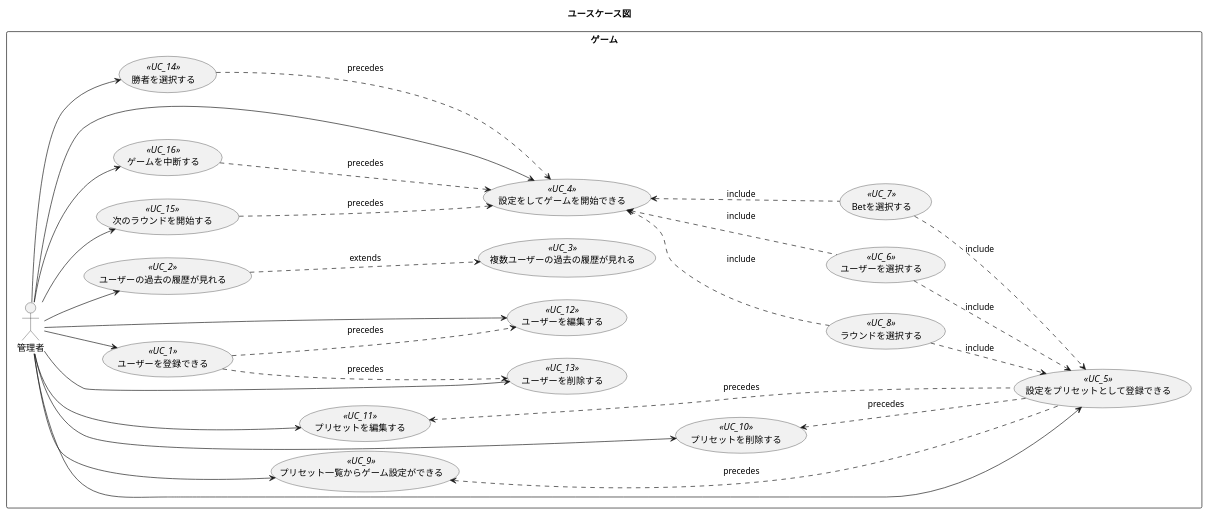
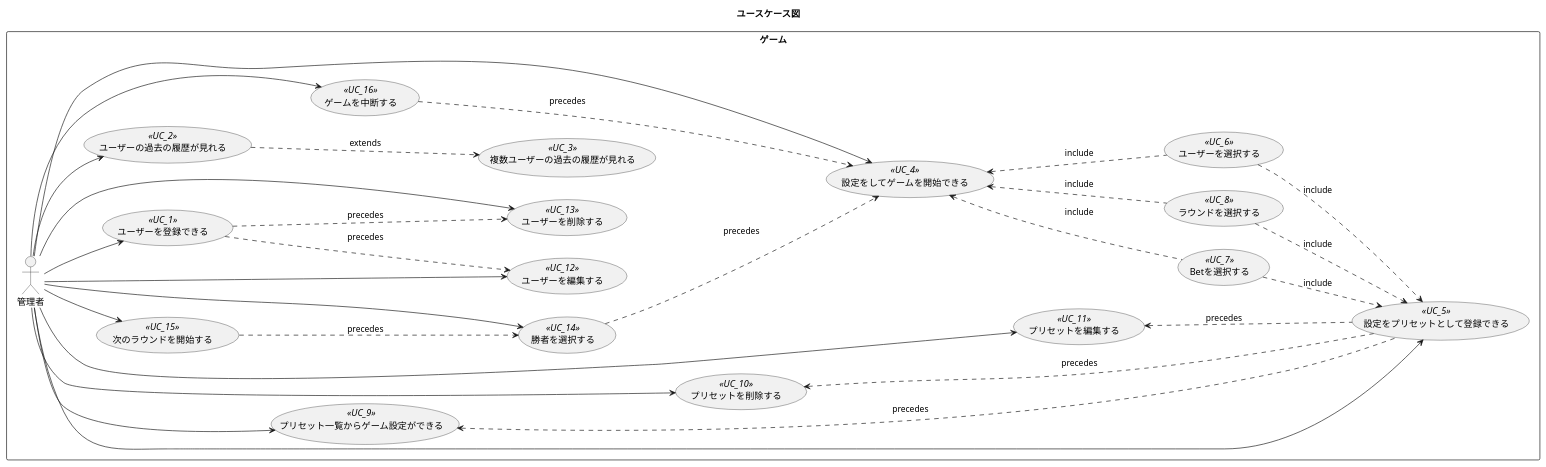
The diagram in use_case_diagram.pu (yuki-miraito/uml_practice), drawn with PlantUML before and after one commit. The commit also changed 3 other files, not shown here.

```diff
--- a/use_case_diagram.pu
+++ b/use_case_diagram.pu
@@ -1,54 +1,54 @@
 @startuml ユースケース
 
 title ユースケース図
 left to right direction
 
 rectangle ゲーム {
   (ユーザーを登録できる) <<UC_1>> as UC_1
   (ユーザーを編集する) <<UC_12>> as UC_12
   (ユーザーを削除する) <<UC_13>> as UC_13
   (ユーザーの過去の履歴が見れる) <<UC_2>> as UC_2
   (複数ユーザーの過去の履歴が見れる) <<UC_3>> as UC_3
   (設定をしてゲームを開始できる) <<UC_4>> as UC_4
   (設定をプリセットとして登録できる) <<UC_5>> as UC_5
   (プリセット一覧からゲーム設定ができる) <<UC_9>> as UC_9
   (プリセットを削除する) <<UC_10>> as UC_10
   (プリセットを編集する) <<UC_11>> as UC_11
   (ユーザーを選択する) <<UC_6>> as UC_6
   (Betを選択する) <<UC_7>> as UC_7
   (ラウンドを選択する) <<UC_8>> as UC_8
   (勝者を選択する) <<UC_14>> as UC_14
   (次のラウンドを開始する) <<UC_15>> as UC_15
   (ゲームを中断する) <<UC_16>> as UC_16
 
   管理者 --> UC_1
   管理者 --> UC_12
   管理者 --> UC_13
   管理者 --> UC_2
   管理者 --> UC_4
   管理者 -> UC_5
   管理者 --> UC_9
   管理者 --> UC_10
   管理者 --> UC_11
   管理者 --> UC_14
   管理者 --> UC_15
   管理者 --> UC_16
 
   UC_1 ..> UC_12: precedes
   UC_1 ..> UC_13: precedes
   UC_2 ..> UC_3: extends
   UC_6 .up.> UC_4: include
   UC_7 .up.> UC_4: include
   UC_8 .up.> UC_4: include
   UC_6 .down.> UC_5: include
   UC_7 .down.> UC_5: include
   UC_8 .down.> UC_5: include
   UC_5 .up.> UC_11: precedes
   UC_5 .up.> UC_10: precedes
   UC_5 .up.> UC_9: precedes
   UC_14 ..> UC_4: precedes
-  UC_15 ..> UC_4: precedes
+  UC_15 ..> UC_14: precedes
   UC_16 ..> UC_4: precedes
 }
 
 @enduml
```
